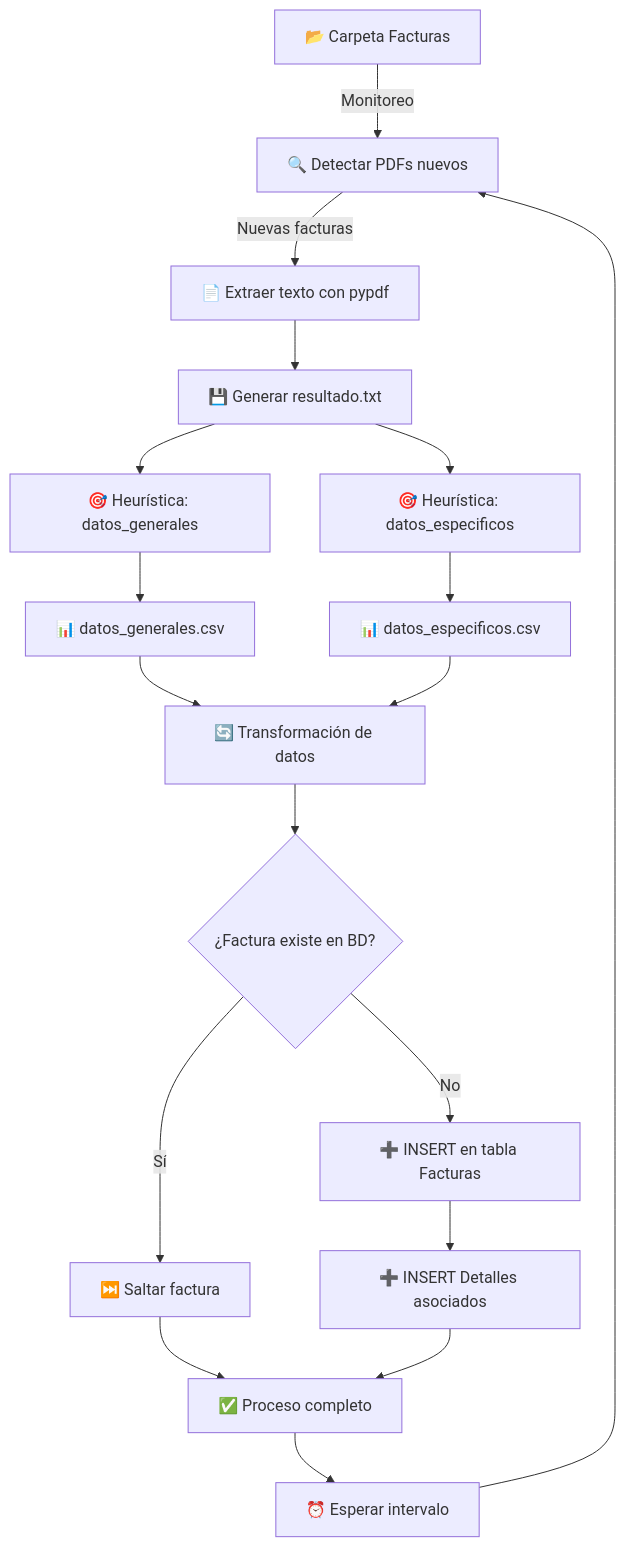
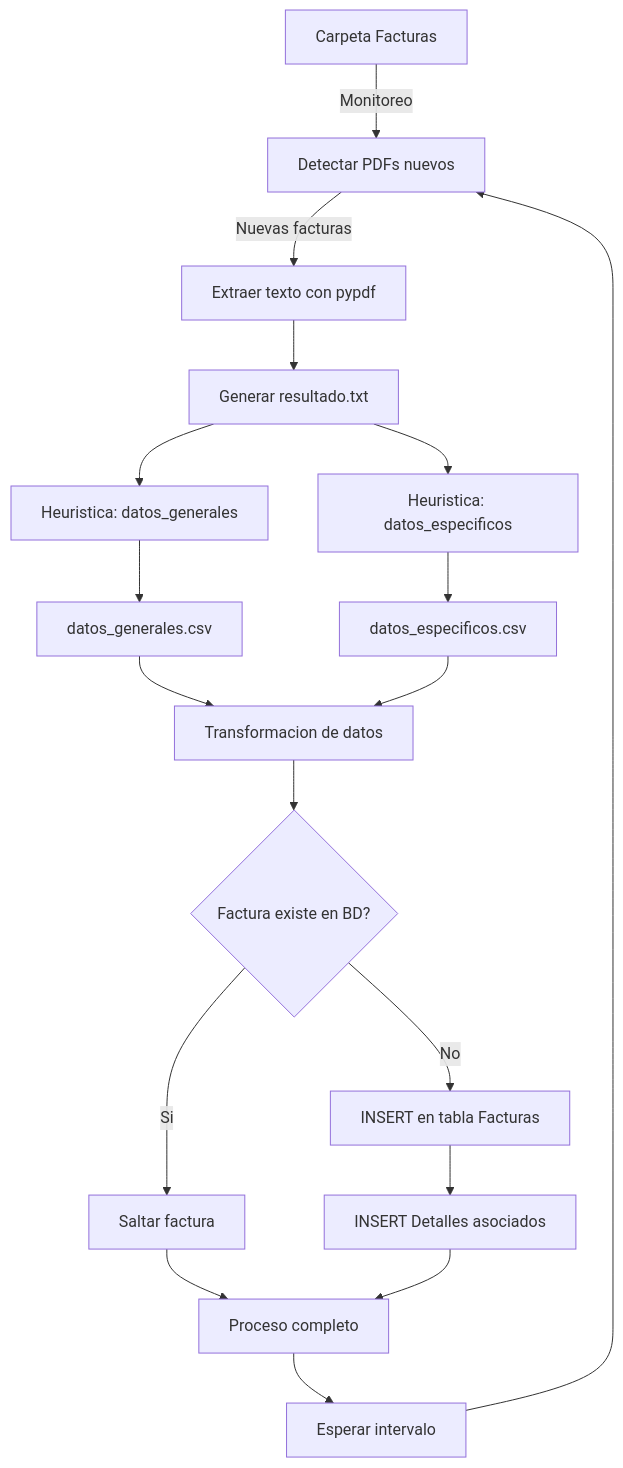
One commit to RodMez/ETL_FACTURAS changed the second of 2 diagrams in README.md. Above: the diagram before and after it, drawn with Mermaid. The commit also changed other lines of this file and 12 other files, not shown here.

````diff
--- a/README.md
+++ b/README.md
@@ -619,20 +619,21 @@
 ```mermaid
 graph TD
-    A[📂 Carpeta Facturas] -->|Monitoreo| B[🔍 Detectar PDFs nuevos]
-    B -->|Nuevas facturas| C[📄 Extraer texto con pypdf]
-    C --> D[💾 Generar resultado.txt]
-    D --> E[🎯 Heurística: datos_generales]
-    D --> F[🎯 Heurística: datos_especificos]
-    E --> G[📊 datos_generales.csv]
-    F --> H[📊 datos_especificos.csv]
-    G --> I[🔄 Transformación de datos]
+    A[Carpeta Facturas] -->|Monitoreo| B[Detectar PDFs nuevos]
+    B -->|Nuevas facturas| C[Extraer texto con pypdf]
+    C --> D[Generar resultado.txt]
+    D --> E[Heuristica: datos_generales]
+    D --> F[Heuristica: datos_especificos]
+    E --> G[datos_generales.csv]
+    F --> H[datos_especificos.csv]
+    G --> I[Transformacion de datos]
     H --> I
-    I --> J{¿Factura existe en BD?}
-    J -->|No| K[➕ INSERT en tabla Facturas]
-    J -->|Sí| L[⏭️ Saltar factura]
-    K --> M[➕ INSERT Detalles asociados]
-    L --> N[✅ Proceso completo]
+    I --> J{Factura existe en BD?}
+    J -->|No| K[INSERT en tabla Facturas]
+    J -->|Si| L[Saltar factura]
+    K --> M[INSERT Detalles asociados]
+    L --> N[Proceso completo]
     M --> N
-    N --> O[⏰ Esperar intervalo]
+    N --> O[Esperar intervalo]
     O --> B
+
 ```
````
